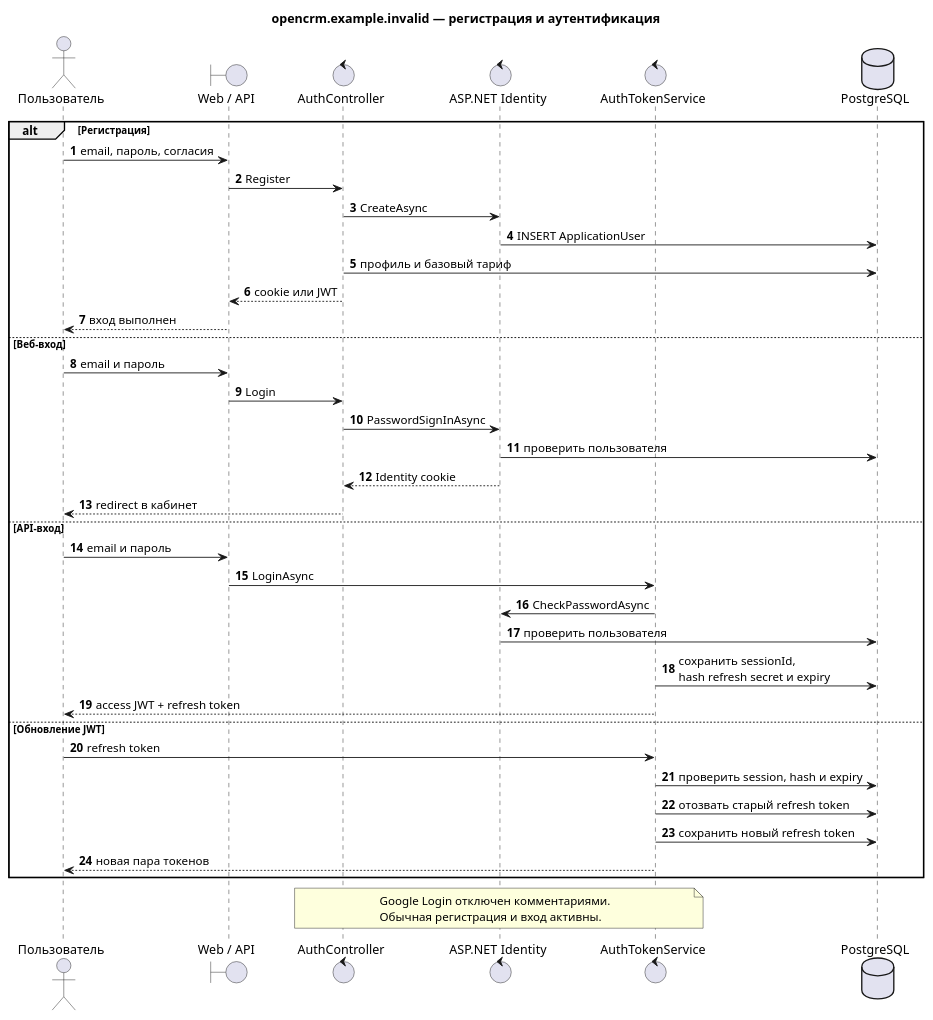
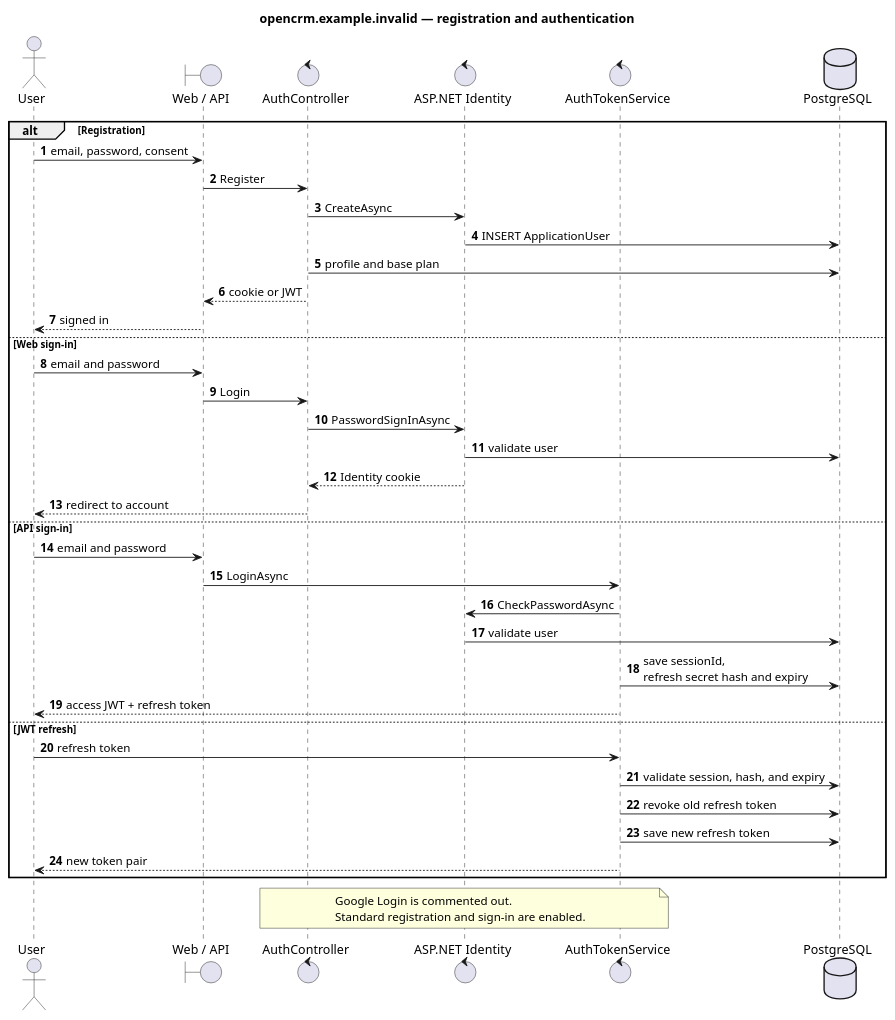
Before and after one commit to eddchervov/OpenCRM: the diagram in docs/uml/authentication-sequence.puml, drawn with PlantUML. The commit also changed 139 other files, not shown here.

```diff
--- a/docs/uml/authentication-sequence.puml
+++ b/docs/uml/authentication-sequence.puml
@@ -1,47 +1,47 @@
 @startuml authentication_sequence
-title opencrm.example.invalid — регистрация и аутентификация
+title opencrm.example.invalid — registration and authentication
 
 autonumber
-actor "Пользователь" as User
+actor "User" as User
 boundary "Web / API" as UI
 control "AuthController" as Controller
 control "ASP.NET Identity" as Identity
 control "AuthTokenService" as Tokens
 database "PostgreSQL" as Db
 
-alt Регистрация
-  User -> UI : email, пароль, согласия
+alt Registration
+  User -> UI : email, password, consent
   UI -> Controller : Register
   Controller -> Identity : CreateAsync
   Identity -> Db : INSERT ApplicationUser
-  Controller -> Db : профиль и базовый тариф
-  Controller --> UI : cookie или JWT
-  UI --> User : вход выполнен
-else Веб-вход
-  User -> UI : email и пароль
+  Controller -> Db : profile and base plan
+  Controller --> UI : cookie or JWT
+  UI --> User : signed in
+else Web sign-in
+  User -> UI : email and password
   UI -> Controller : Login
   Controller -> Identity : PasswordSignInAsync
-  Identity -> Db : проверить пользователя
+  Identity -> Db : validate user
   Identity --> Controller : Identity cookie
-  Controller --> User : redirect в кабинет
-else API-вход
-  User -> UI : email и пароль
+  Controller --> User : redirect to account
+else API sign-in
+  User -> UI : email and password
   UI -> Tokens : LoginAsync
   Tokens -> Identity : CheckPasswordAsync
-  Identity -> Db : проверить пользователя
-  Tokens -> Db : сохранить sessionId,\nhash refresh secret и expiry
+  Identity -> Db : validate user
+  Tokens -> Db : save sessionId,\nrefresh secret hash and expiry
   Tokens --> User : access JWT + refresh token
-else Обновление JWT
+else JWT refresh
   User -> Tokens : refresh token
-  Tokens -> Db : проверить session, hash и expiry
-  Tokens -> Db : отозвать старый refresh token
-  Tokens -> Db : сохранить новый refresh token
-  Tokens --> User : новая пара токенов
+  Tokens -> Db : validate session, hash, and expiry
+  Tokens -> Db : revoke old refresh token
+  Tokens -> Db : save new refresh token
+  Tokens --> User : new token pair
 end
 
 note over Controller,Tokens
-  Google Login отключен комментариями.
-  Обычная регистрация и вход активны.
+  Google Login is commented out.
+  Standard registration and sign-in are enabled.
 end note
 
 @enduml
```
